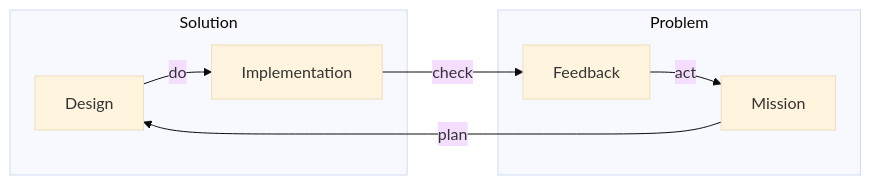
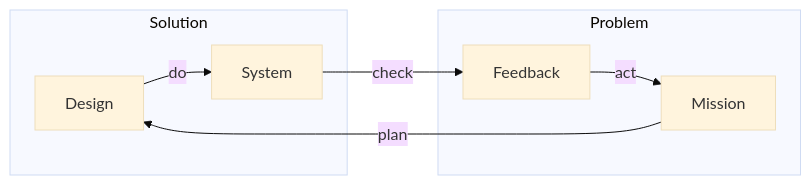
Before and after one commit to firstprinciplesthinking/paper_development_lifecycle: the fifth of 12 diagrams in README.md, drawn with Mermaid (base theme). The commit also changed other lines of this file, not shown here.

````diff
--- a/README.md
+++ b/README.md
@@ -88,17 +118,17 @@
 ```mermaid
    flowchart LR
       subgraph  Solution
          Design
-         Implementation
+         System
       end
       
       subgraph  Problem
+         Feedback
          Mission
-         Feedback
       end
 
       Mission--"plan"-->Design
-      Design--"do"-->Implementation
-      Implementation--"check"-->Feedback
+      Design--"do"-->System
+      System--"check"-->Feedback
       Feedback--"act"-->Mission
 ```
````
